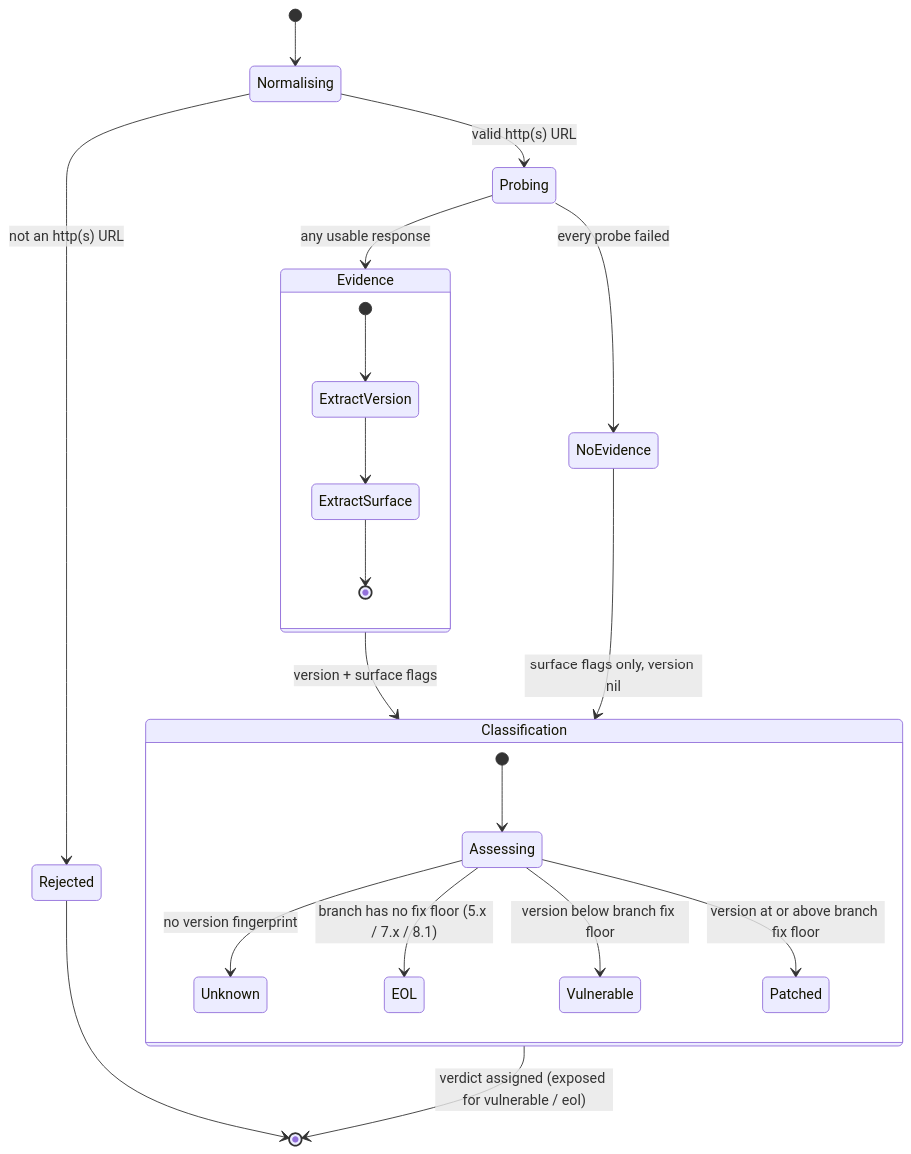
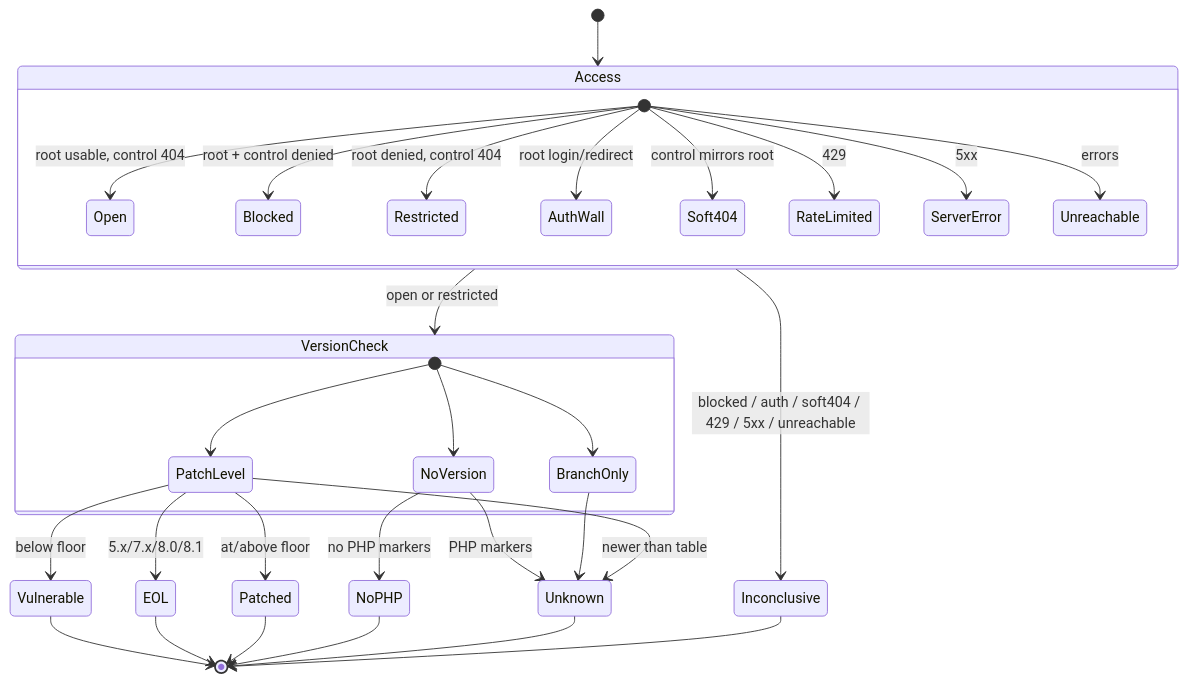
The third of 3 diagrams in docs/UML.md (ctkqiang/PHP2ShellPOC2026), drawn with Mermaid before and after one commit. The commit also changed other lines of this file and 66 other files, not shown here.

````diff
--- a/docs/UML.md
+++ b/docs/UML.md
@@ -347,28 +187,39 @@
 ```mermaid
 stateDiagram-v2
-    [*] --> Normalising
-    Normalising --> Probing : valid http(s) URL
-    Normalising --> Rejected : not an http(s) URL
-    Rejected --> [*]
+    [*] --> Access
 
-    Probing --> Evidence : any usable response
-    Probing --> NoEvidence : every probe failed
-
-    state Evidence {
-        [*] --> ExtractVersion
-        ExtractVersion --> ExtractSurface
-        ExtractSurface --> [*]
+    state Access {
+        [*] --> Open: root usable, control 404
+        [*] --> Blocked: root + control denied
+        [*] --> Restricted: root denied, control 404
+        [*] --> AuthWall: root login/redirect
+        [*] --> Soft404: control mirrors root
+        [*] --> RateLimited: 429
+        [*] --> ServerError: 5xx
+        [*] --> Unreachable: errors
     }
 
-    state Classification {
-        [*] --> Assessing
-        Assessing --> Unknown : no version fingerprint
-        Assessing --> EOL : branch has no fix floor (5.x / 7.x / 8.1)
-        Assessing --> Vulnerable : version below branch fix floor
-        Assessing --> Patched : version at or above branch fix floor
+    Access --> Inconclusive: blocked / auth / soft404 / 429 / 5xx / unreachable
+    Access --> VersionCheck: open or restricted
+
+    state VersionCheck {
+        [*] --> NoVersion
+        [*] --> PatchLevel
+        [*] --> BranchOnly
     }
 
-    Evidence --> Classification : version + surface flags
-    NoEvidence --> Classification : surface flags only, version nil
-    Classification --> [*] : verdict assigned (exposed for vulnerable / eol)
+    NoVersion --> NoPHP: no PHP markers
+    NoVersion --> Unknown: PHP markers
+    BranchOnly --> Unknown
+    PatchLevel --> Vulnerable: below floor
+    PatchLevel --> Patched: at/above floor
+    PatchLevel --> EOL: 5.x/7.x/8.0/8.1
+    PatchLevel --> Unknown: newer than table
+
+    Vulnerable --> [*]
+    EOL --> [*]
+    Patched --> [*]
+    NoPHP --> [*]
+    Unknown --> [*]
+    Inconclusive --> [*]
 ```
````
